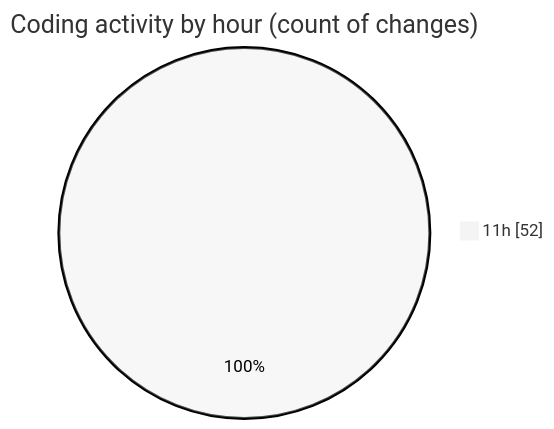
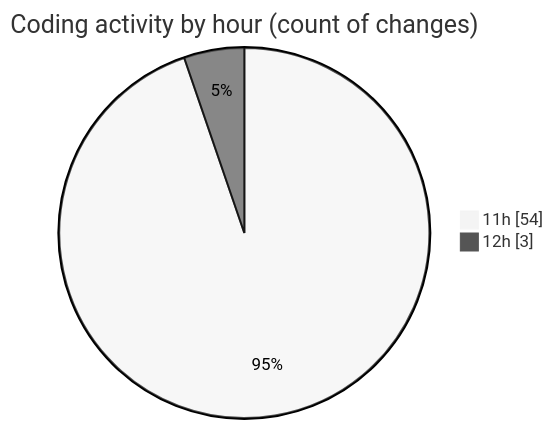
Before and after one commit to robertbonfada/code-tracking: the second of 2 diagrams in 2025-03-17/audiobooks-web/README.md, drawn with Mermaid (neutral theme). The commit also changed other lines of this file and 1 other file, not shown here.

````diff
--- a/2025-03-17/audiobooks-web/README.md
+++ b/2025-03-17/audiobooks-web/README.md
@@ -36,5 +36,6 @@
 ```mermaid
 pie showData
 title Coding activity by hour (count of changes)
-"11h" : 52
+"11h" : 54
+"12h" : 3
 ```
````
